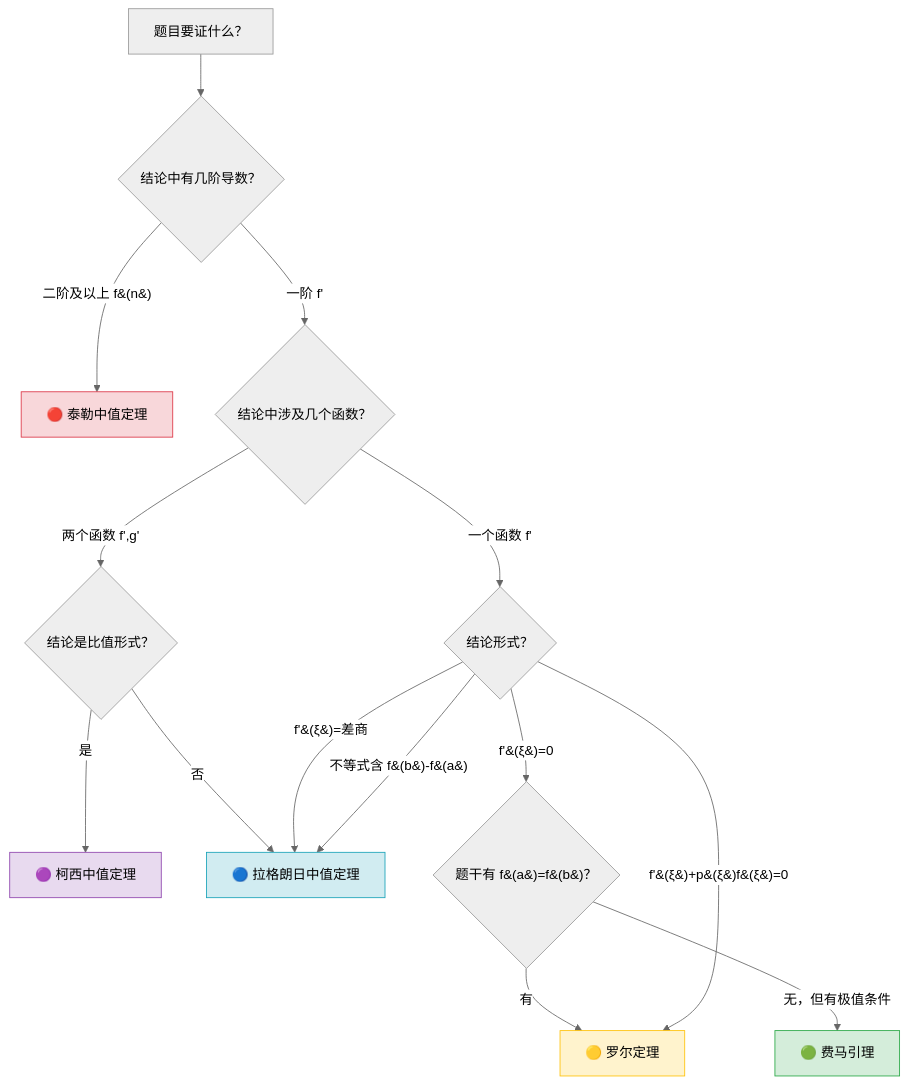
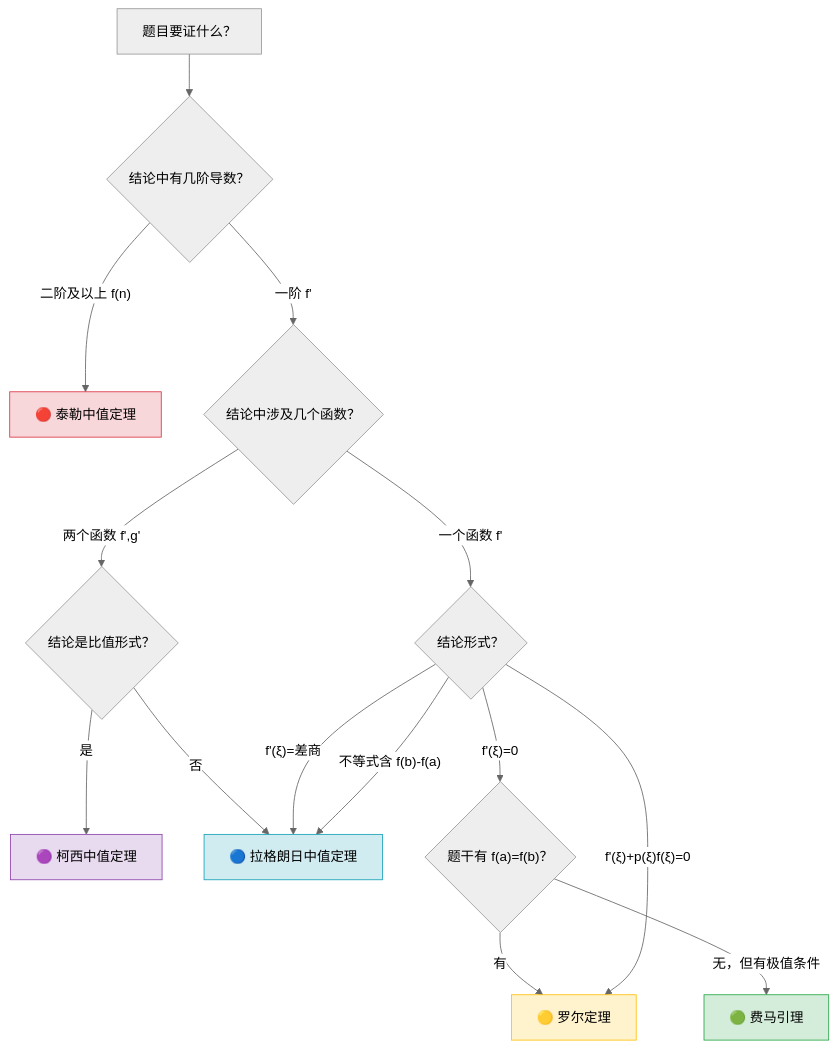
The diagram in Notes/Math/calculus_derivative.md (cylos666/KaoYan), drawn with Mermaid (neutral theme) before and after one commit. The commit also changed 5 other files, not shown here.

````diff
--- a/Notes/Math/calculus_derivative.md
+++ b/Notes/Math/calculus_derivative.md
@@ -786,27 +786,27 @@
 ```mermaid
-flowchart TD
+graph TD
     START["题目要证什么？"] --> Q1{"结论中有几阶导数？"}
     
-    Q1 -->|"二阶及以上 f&#40;n&#41;"| TAYLOR["🔴 泰勒中值定理"]
+    Q1 -->|"二阶及以上 f(n)"| TAYLOR["🔴 泰勒中值定理"]
     Q1 -->|"一阶 f'"| Q2{"结论中涉及几个函数？"}
     
     Q2 -->|"两个函数 f',g'"| Q3{"结论是比值形式？"}
     Q3 -->|"是"| CAUCHY["🟣 柯西中值定理"]
     Q3 -->|"否"| LAGRANGE["🔵 拉格朗日中值定理"]
     
     Q2 -->|"一个函数 f'"| Q4{"结论形式？"}
     
-    Q4 -->|"f'&#40;ξ&#41;=0"| Q5{"题干有 f&#40;a&#41;=f&#40;b&#41;？"}
+    Q4 -->|"f'(ξ)=0"| Q5{"题干有 f(a)=f(b)？"}
     Q5 -->|"有"| ROLLE["🟡 罗尔定理"]
     Q5 -->|"无，但有极值条件"| FERMAT["🟢 费马引理"]
     
-    Q4 -->|"f'&#40;ξ&#41;=差商"| LAGRANGE
-    Q4 -->|"不等式含 f&#40;b&#41;-f&#40;a&#41;"| LAGRANGE
-    Q4 -->|"f'&#40;ξ&#41;+p&#40;ξ&#41;f&#40;ξ&#41;=0"| ROLLE
+    Q4 -->|"f'(ξ)=差商"| LAGRANGE
+    Q4 -->|"不等式含 f(b)-f(a)"| LAGRANGE
+    Q4 -->|"f'(ξ)+p(ξ)f(ξ)=0"| ROLLE
     
     style FERMAT fill:#d4edda,stroke:#28a745
     style ROLLE fill:#fff3cd,stroke:#ffc107
     style LAGRANGE fill:#d1ecf1,stroke:#17a2b8
     style CAUCHY fill:#e8daef,stroke:#8e44ad
     style TAYLOR fill:#f8d7da,stroke:#dc3545
 ```
````
